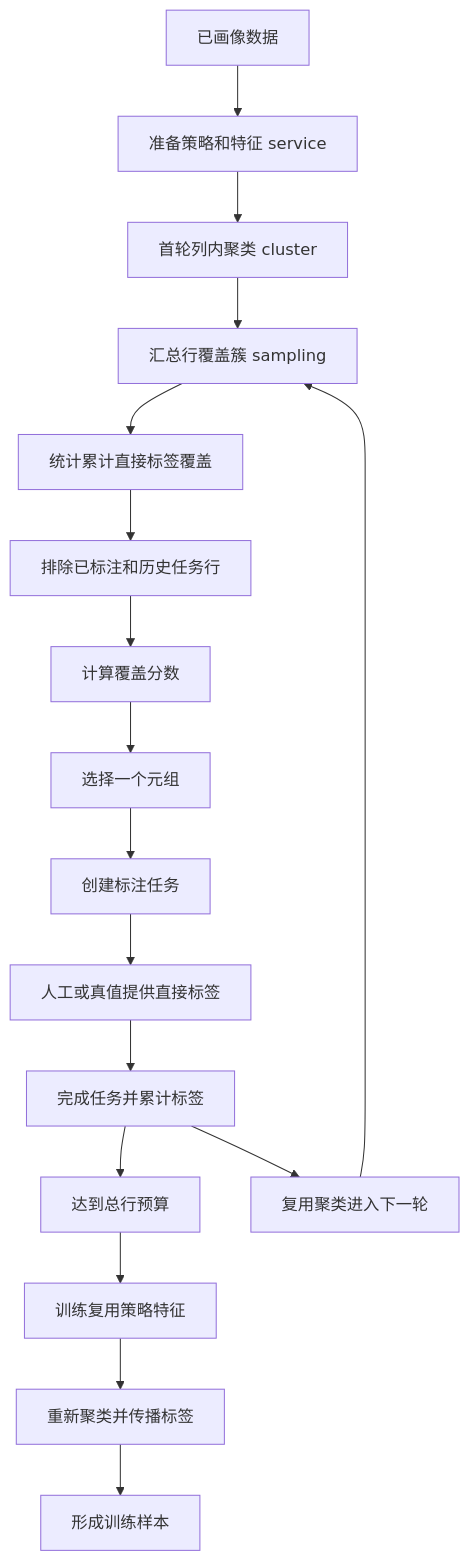
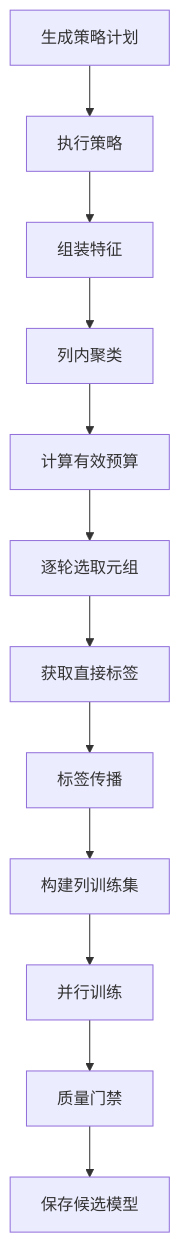
Before and after one commit to 18963603561/fmdb_udf_raha: the fifth of 6 diagrams in doc/20260715/Raha工程-源码完整分析-202607150943.md, drawn with Mermaid. The commit also changed other lines of this file and 1 other file, not shown here.

````diff
--- a/doc/20260715/Raha工程-源码完整分析-202607150943.md
+++ b/doc/20260715/Raha工程-源码完整分析-202607150943.md
@@ -931,19 +344,14 @@
 ```mermaid
 graph TD;
-n01[已画像数据] --> n02[准备策略和特征 service];
-n02 --> n03[首轮列内聚类 cluster];
-n03 --> n04[汇总行覆盖簇 sampling];
-n04 --> n05[统计累计直接标签覆盖];
-n05 --> n06[排除已标注和历史任务行];
-n06 --> n07[计算覆盖分数];
-n07 --> n08[选择一个元组];
-n08 --> n09[创建标注任务];
-n09 --> n10[人工或真值提供直接标签];
-n10 --> n11[完成任务并累计标签];
-n11 --> n12[达到总行预算];
-n11 --> n13[复用聚类进入下一轮];
-n13 --> n04;
-n12 --> n14[训练复用策略特征];
-n14 --> n15[重新聚类并传播标签];
-n15 --> n16[形成训练样本];
+n01[生成策略计划] --> n02[执行策略];
+n02 --> n03[组装特征];
+n03 --> n04[列内聚类];
+n04 --> n05[计算有效预算];
+n05 --> n06[逐轮选取元组];
+n06 --> n07[获取直接标签];
+n07 --> n08[标签传播];
+n08 --> n09[构建列训练集];
+n09 --> n10[并行训练];
+n10 --> n11[质量门禁];
+n11 --> n12[保存候选模型];
 ```
````
